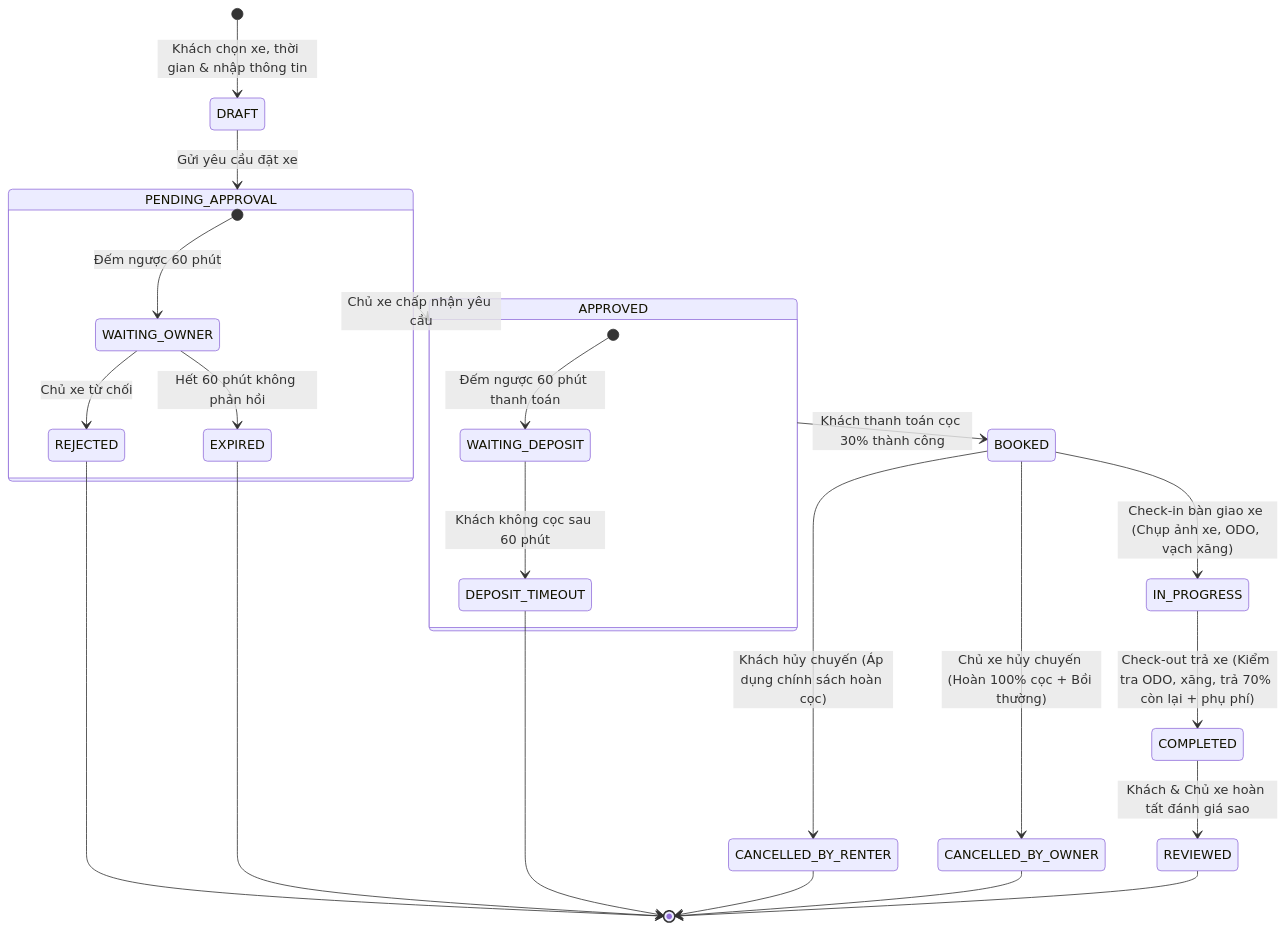
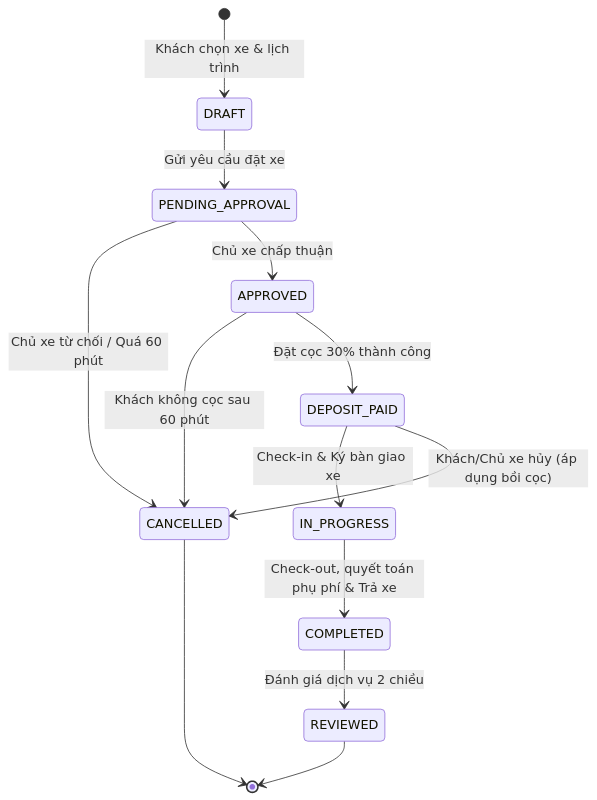
One commit to PhamQuang138/DGKTPM changed the second of 4 diagrams in README.md. Above: the diagram before and after it, drawn with Mermaid. The commit also changed other lines of this file, not shown here.

````diff
--- a/README.md
+++ b/README.md
@@ -322,36 +129,15 @@
 ```mermaid
 stateDiagram-v2
-    [*] --> DRAFT: Khách chọn xe, thời gian & nhập thông tin
+    [*] --> DRAFT: Khách chọn xe & lịch trình
     DRAFT --> PENDING_APPROVAL: Gửi yêu cầu đặt xe
-    
-    state PENDING_APPROVAL {
-        [*] --> WAITING_OWNER: Đếm ngược 60 phút
-        WAITING_OWNER --> REJECTED: Chủ xe từ chối
-        WAITING_OWNER --> EXPIRED: Hết 60 phút không phản hồi
-    }
-
-    PENDING_APPROVAL --> APPROVED: Chủ xe chấp nhận yêu cầu
-    
-    state APPROVED {
-        [*] --> WAITING_DEPOSIT: Đếm ngược 60 phút thanh toán
-        WAITING_DEPOSIT --> DEPOSIT_TIMEOUT: Khách không cọc sau 60 phút
-    }
-
-    APPROVED --> BOOKED: Khách thanh toán cọc 30% thành công
-    
-    BOOKED --> CANCELLED_BY_RENTER: Khách hủy chuyến (Áp dụng chính sách hoàn cọc)
-    BOOKED --> CANCELLED_BY_OWNER: Chủ xe hủy chuyến (Hoàn 100% cọc + Bồi thường)
-    
-    BOOKED --> IN_PROGRESS: Check-in bàn giao xe (Chụp ảnh xe, ODO, vạch xăng)
-    
-    IN_PROGRESS --> COMPLETED: Check-out trả xe (Kiểm tra ODO, xăng, trả 70% còn lại + phụ phí)
-    
-    COMPLETED --> REVIEWED: Khách & Chủ xe hoàn tất đánh giá sao
-    
-    REJECTED --> [*]
-    EXPIRED --> [*]
-    DEPOSIT_TIMEOUT --> [*]
-    CANCELLED_BY_RENTER --> [*]
-    CANCELLED_BY_OWNER --> [*]
+    PENDING_APPROVAL --> CANCELLED: Chủ xe từ chối / Quá 60 phút
+    PENDING_APPROVAL --> APPROVED: Chủ xe chấp thuận
+    APPROVED --> CANCELLED: Khách không cọc sau 60 phút
+    APPROVED --> DEPOSIT_PAID: Đặt cọc 30% thành công
+    DEPOSIT_PAID --> IN_PROGRESS: Check-in & Ký bàn giao xe
+    DEPOSIT_PAID --> CANCELLED: Khách/Chủ xe hủy (áp dụng bồi cọc)
+    IN_PROGRESS --> COMPLETED: Check-out, quyết toán phụ phí & Trả xe
+    COMPLETED --> REVIEWED: Đánh giá dịch vụ 2 chiều
     REVIEWED --> [*]
+    CANCELLED --> [*]
 ```
````
